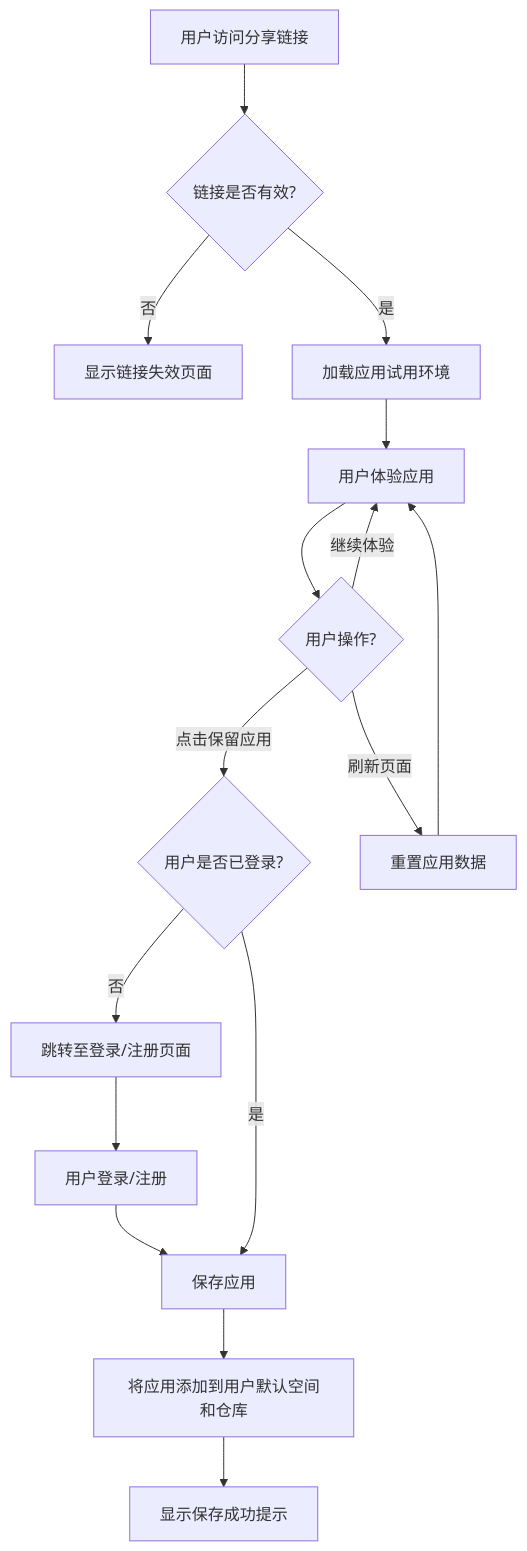
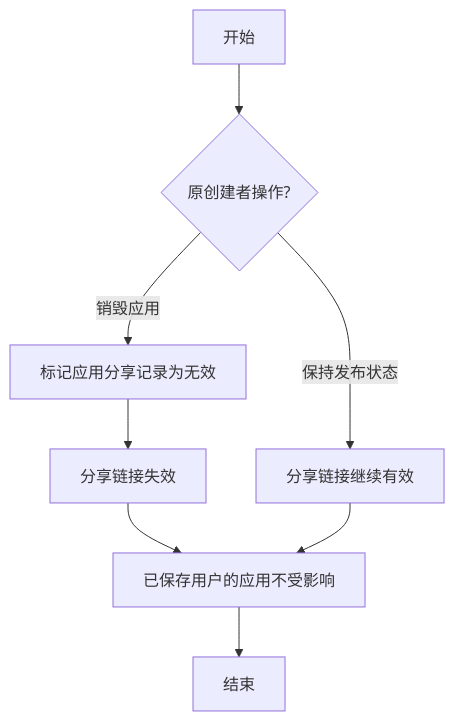
Before and after one commit to yingjianzh/iodraw-files: the diagram in all/未命名-64.md, drawn with Mermaid.

Commit message:
2025-05-21 18:31:36 update

````diff
--- a/all/未命名-64.md
+++ b/all/未命名-64.md
@@ -1,18 +1,10 @@
 ```mermaid
 flowchart TD
-    A[用户访问分享链接] --> B{链接是否有效?}
-    B -->|否| C[显示链接失效页面]
-    B -->|是| D[加载应用试用环境]
-    D --> E[用户体验应用]
-    E --> F{用户操作?}
-    F -->|继续体验| E
-    F -->|点击保留应用| G{用户是否已登录?}
-    G -->|否| H[跳转至登录/注册页面]
-    H --> I[用户登录/注册]
-    I --> J[保存应用]
-    G -->|是| J
-    J --> K[将应用添加到用户默认空间和仓库]
-    K --> L[显示保存成功提示]
-    F -->|刷新页面| M[重置应用数据]
-    M --> E
+    A[开始] --> B{原创建者操作?}
+    B -->|销毁应用| C[标记应用分享记录为无效]
+    C --> D[分享链接失效]
+    B -->|保持发布状态| E[分享链接继续有效]
+    D --> F[已保存用户的应用不受影响]
+    E --> F
+    F --> G[结束]
 ```
````
